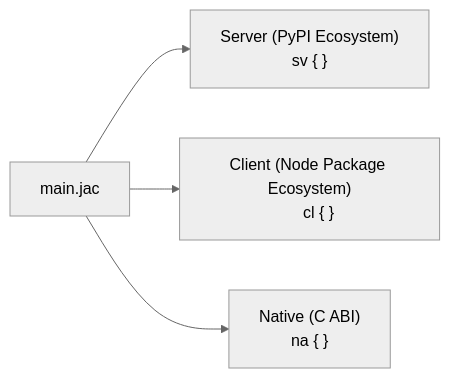
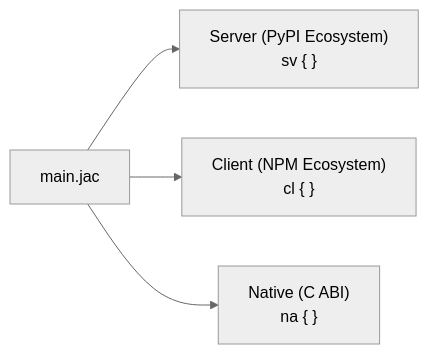
One commit to chrstophr/Agentic-AI changed the first of 3 diagrams in jac-gpt/server/docs/quick-guide/what-makes-jac-different.md. Above: the diagram before and after it, drawn with Mermaid (neutral theme). The commit also changed other lines of this file and 43 other files, not shown here.

````diff
--- a/jac-gpt/server/docs/quick-guide/what-makes-jac-different.md
+++ b/jac-gpt/server/docs/quick-guide/what-makes-jac-different.md
@@ -13,9 +17,9 @@
 ```mermaid
 graph LR
     JAC["main.jac"] --> SV["Server (PyPI Ecosystem)
     sv { }"]
-    JAC --> CL["Client (Node Package Ecosystem)
+    JAC --> CL["Client (NPM Ecosystem)
     cl { }"]
     JAC --> NA["Native (C ABI)
     na { }"]
 ```
````
